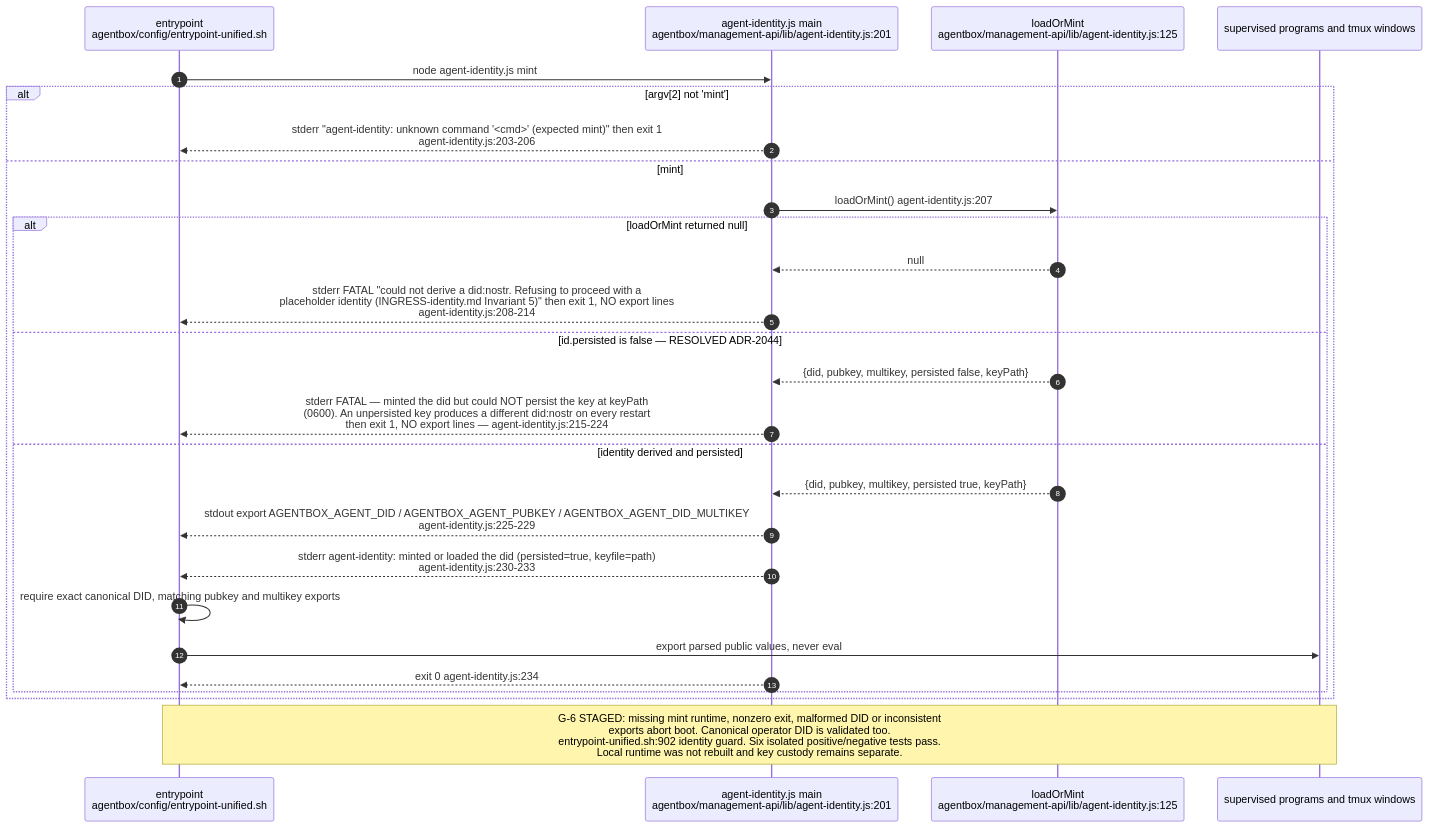
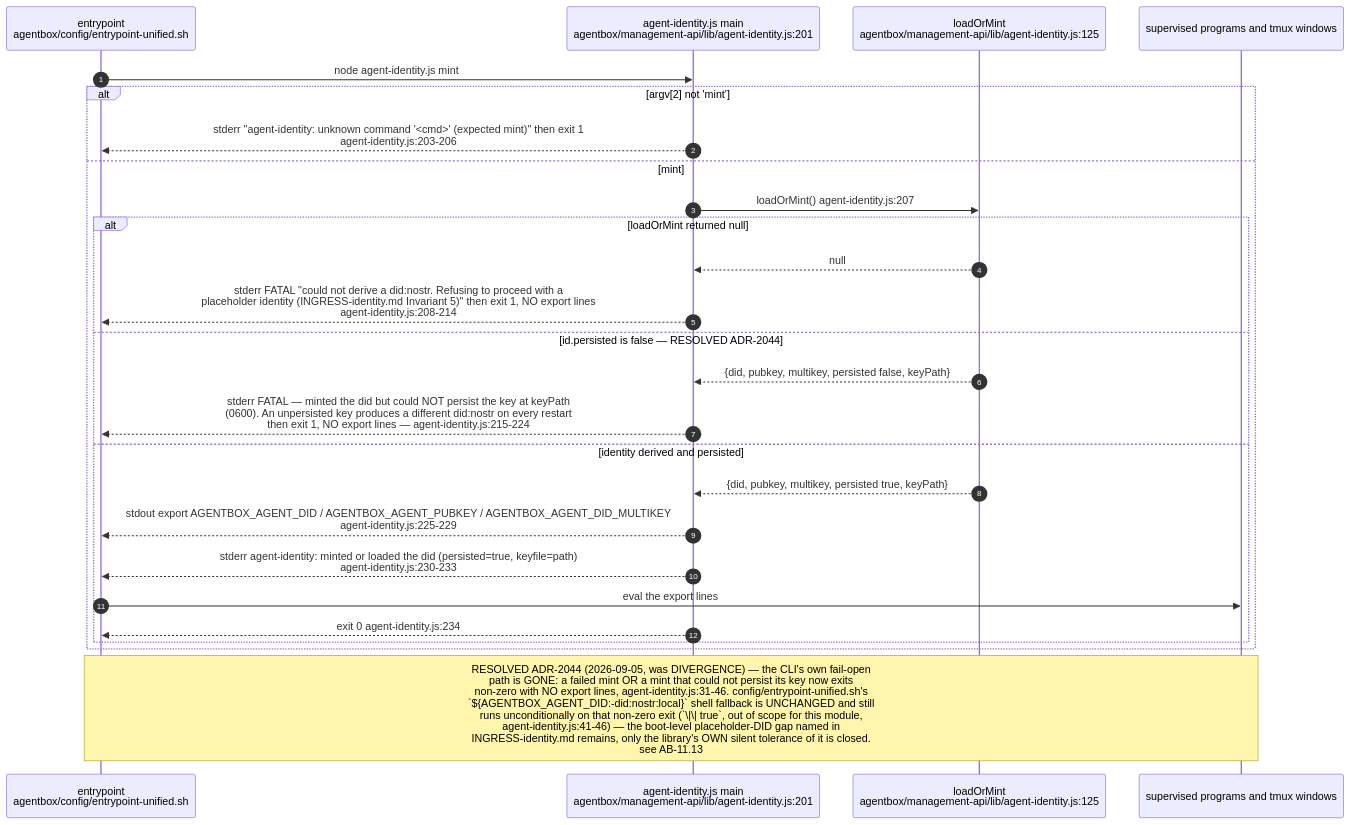
The third of 16 diagrams in docs/diagrams/agentbox/11-identity-did-mandate-authority.md (DreamLab-AI/VisionFlow), drawn with Mermaid before and after one commit. The commit also changed other lines of this file and 52 other files, not shown here.

First line of the commit message:
docs(diagrams): wave 3 checkpoint — bare line refs resolved, revision-pinned cite-check, VC-05/AB-01..13 re-attested

````diff
--- a/docs/diagrams/agentbox/11-identity-did-mandate-authority.md
+++ b/docs/diagrams/agentbox/11-identity-did-mandate-authority.md
@@ -147,30 +150,29 @@
 ```mermaid
 sequenceDiagram
     autonumber
     participant EP as entrypoint<br/>agentbox/config/entrypoint-unified.sh
     participant CLI as agent-identity.js main<br/>agentbox/management-api/lib/agent-identity.js:201
     participant LM as loadOrMint<br/>agentbox/management-api/lib/agent-identity.js:125
     participant SHELL as supervised programs and tmux windows
 
     EP->>CLI: node agent-identity.js mint
     alt argv[2] not 'mint'
         CLI-->>EP: stderr "agent-identity: unknown command '<cmd>' (expected mint)" then exit 1<br/>agent-identity.js:203-206
     else mint
         CLI->>LM: loadOrMint() agent-identity.js:207
         alt loadOrMint returned null
             LM-->>CLI: null
             CLI-->>EP: stderr FATAL "could not derive a did:nostr. Refusing to proceed with a<br/>placeholder identity (INGRESS-identity.md Invariant 5)" then exit 1, NO export lines<br/>agent-identity.js:208-214
         else id.persisted is false — RESOLVED ADR-2044
             LM-->>CLI: {did, pubkey, multikey, persisted false, keyPath}
             CLI-->>EP: stderr FATAL — minted the did but could NOT persist the key at keyPath<br/>(0600). An unpersisted key produces a different did:nostr on every restart<br/>then exit 1, NO export lines — agent-identity.js:215-224
         else identity derived and persisted
             LM-->>CLI: {did, pubkey, multikey, persisted true, keyPath}
             CLI-->>EP: stdout export AGENTBOX_AGENT_DID / AGENTBOX_AGENT_PUBKEY / AGENTBOX_AGENT_DID_MULTIKEY<br/>agent-identity.js:225-229
             CLI-->>EP: stderr agent-identity: minted or loaded the did (persisted=true, keyfile=path)<br/>agent-identity.js:230-233
-            EP->>EP: require exact canonical DID, matching pubkey and multikey exports
-            EP->>SHELL: export parsed public values, never eval
+            EP->>SHELL: eval the export lines
             CLI-->>EP: exit 0 agent-identity.js:234
         end
     end
-    Note over EP,SHELL: G-6 STAGED: missing mint runtime, nonzero exit, malformed DID or inconsistent<br/>exports abort boot. Canonical operator DID is validated too.<br/>entrypoint-unified.sh:902 identity guard. Six isolated positive/negative tests pass.<br/>Local runtime was not rebuilt and key custody remains separate.
+    Note over EP,SHELL: RESOLVED ADR-2044 (2026-09-05, was DIVERGENCE) — the CLI's own fail-open<br/>path is GONE: a failed mint OR a mint that could not persist its key now exits<br/>non-zero with NO export lines, agent-identity.js:31-46. config/entrypoint-unified.sh's<br/>`${AGENTBOX_AGENT_DID:-did:nostr:local}` shell fallback is UNCHANGED and still<br/>runs unconditionally on that non-zero exit (`\|\| true`, out of scope for this module,<br/>agent-identity.js:41-46) — the boot-level placeholder-DID gap named in<br/>INGRESS-identity.md remains, only the library's OWN silent tolerance of it is closed.<br/>see AB-11.13
 ```
````
